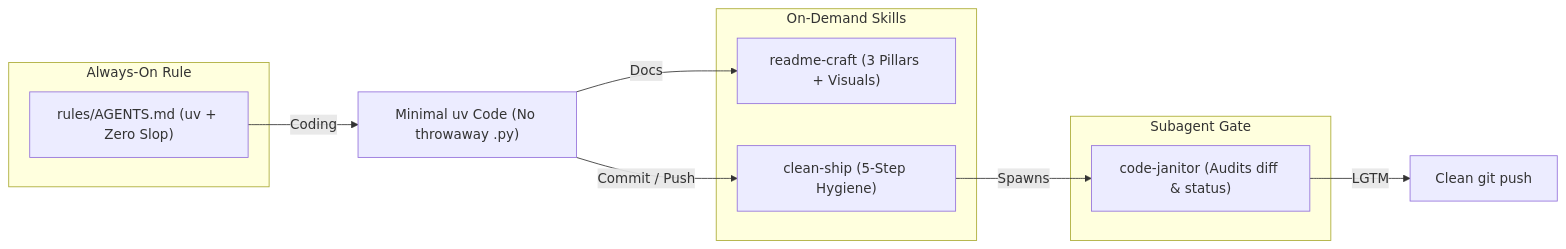
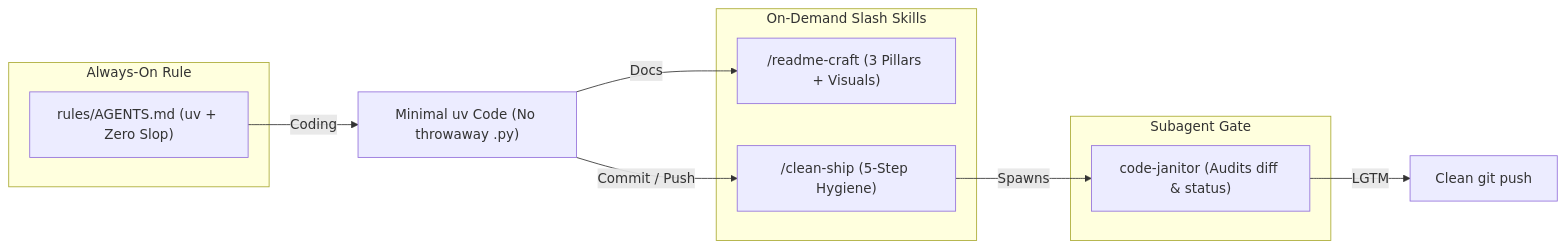
Before and after one commit to Waxguillermo/agy-clean-craft: the diagram in README.md, drawn with Mermaid. The commit also changed other lines of this file and 7 other files, not shown here.

````diff
--- a/README.md
+++ b/README.md
@@ -7,21 +7,21 @@
 ```mermaid
 flowchart LR
     subgraph AlwaysOn["Always-On Rule"]
         R["rules/AGENTS.md (uv + Zero Slop)"]
     end
 
-    subgraph OnDemand["On-Demand Skills"]
-        S1["readme-craft (3 Pillars + Visuals)"]
-        S2["clean-ship (5-Step Hygiene)"]
+    subgraph OnDemand["On-Demand Slash Skills"]
+        S1["/readme-craft (3 Pillars + Visuals)"]
+        S2["/clean-ship (5-Step Hygiene)"]
     end
 
     subgraph Audit["Subagent Gate"]
         J["code-janitor (Audits diff & status)"]
     end
 
     R -->|"Coding"| Dev["Minimal uv Code (No throwaway .py)"]
     Dev -->|"Docs"| S1
     Dev -->|"Commit / Push"| S2
     S2 -->|"Spawns"| J
     J -->|"LGTM"| Git["Clean git push"]
 ```
````
